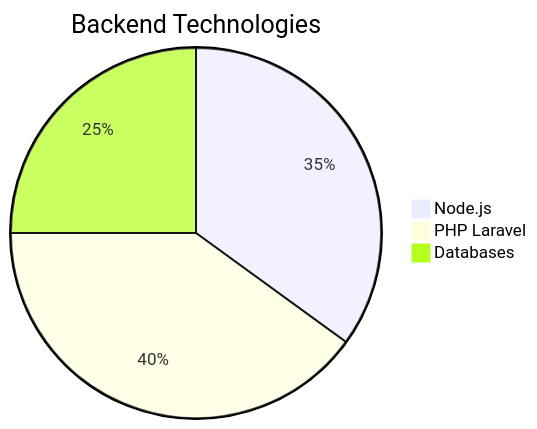
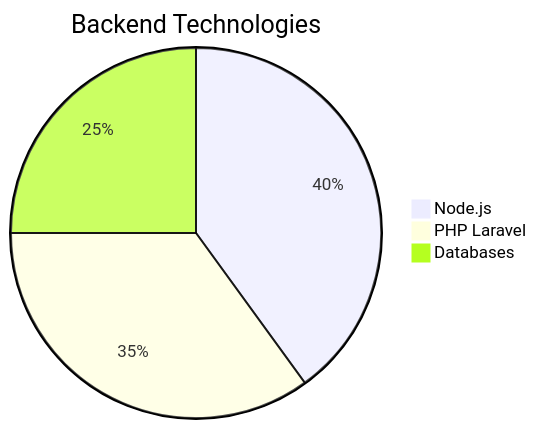
One commit to nfcdjobo/nfcdjobo changed the second of 3 diagrams in README.md. Above: the diagram before and after it, drawn with Mermaid. The commit also changed other lines of this file, not shown here.

````diff
--- a/README.md
+++ b/README.md
@@ -36,6 +36,6 @@
 ```mermaid
 pie title Backend Technologies  
-    "Node.js" : 35
-    "PHP Laravel" : 40
+    "Node.js" : 40
+    "PHP Laravel" : 35
     "Databases" : 25
 ```
````
